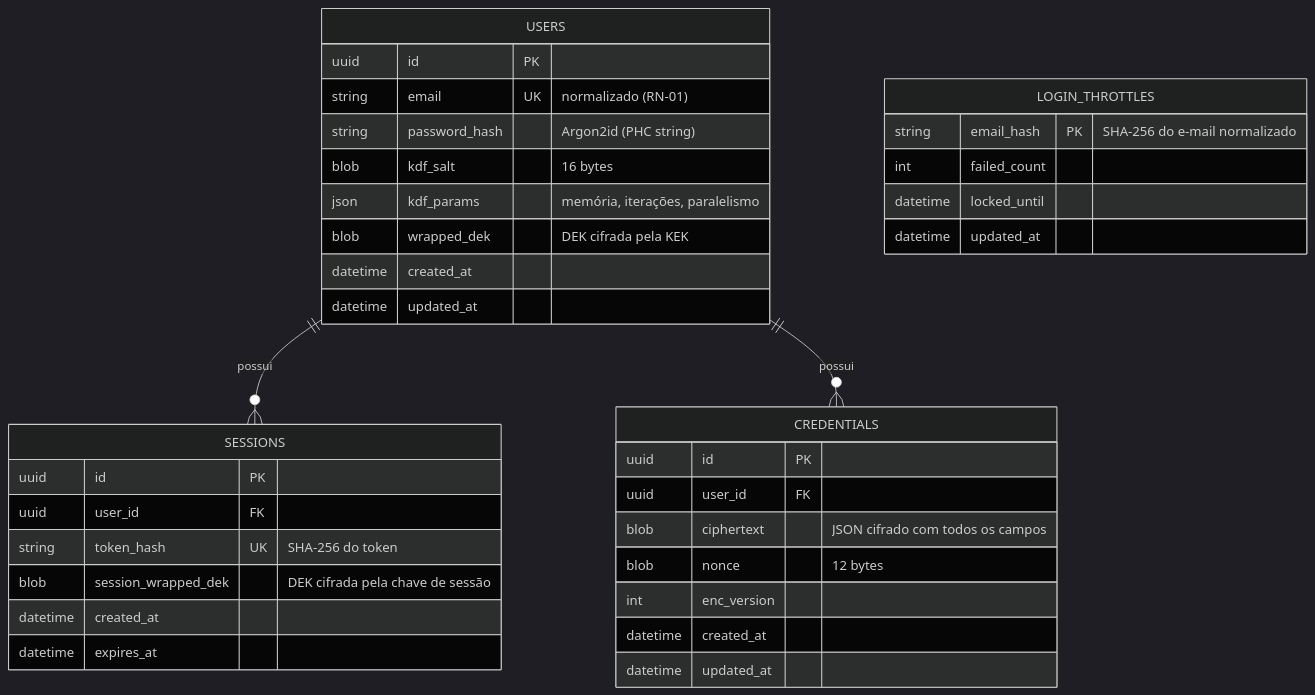
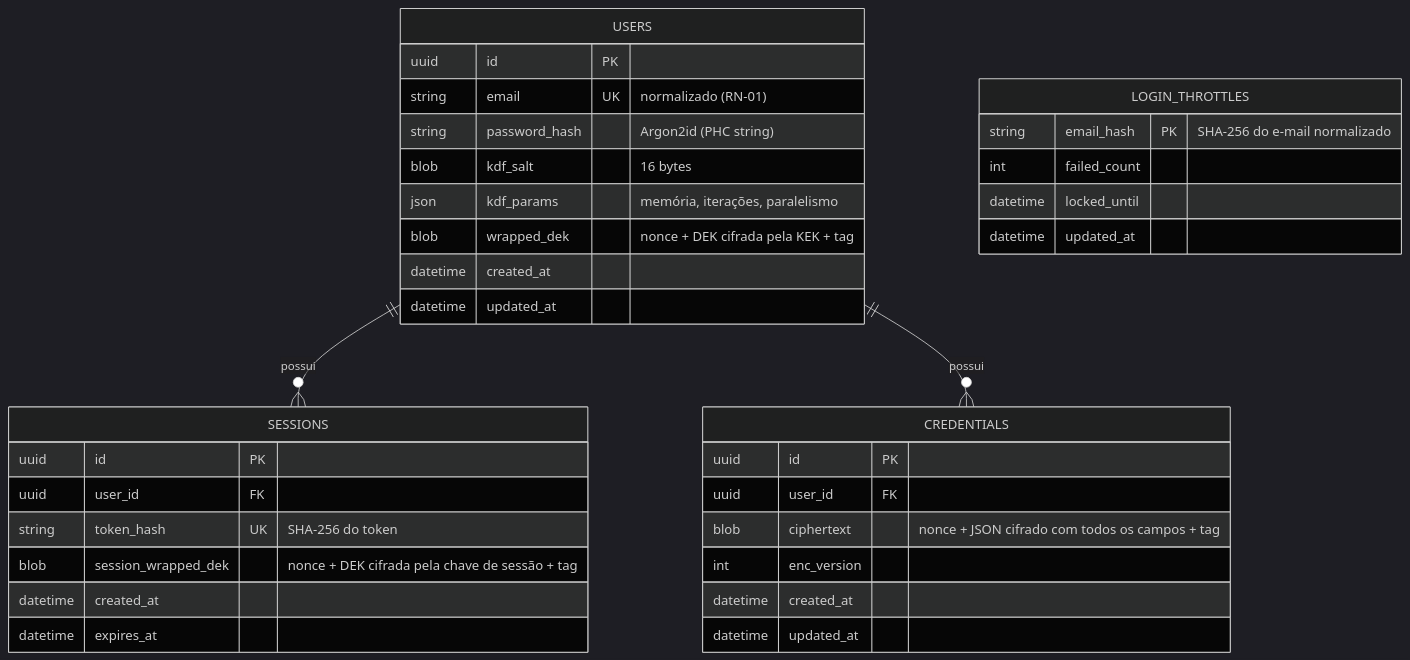
One commit to GuidaGaita/bootcamp changed the third of 5 diagrams in docs/03-arquitetura.md. Above: the diagram before and after it, drawn with Mermaid (dark theme). The commit also changed other lines of this file, not shown here.

````diff
--- a/docs/03-arquitetura.md
+++ b/docs/03-arquitetura.md
@@ -98,38 +100,37 @@
 ```mermaid
 erDiagram
   USERS ||--o{ SESSIONS : "possui"
   USERS ||--o{ CREDENTIALS : "possui"
   USERS {
     uuid id PK
     string email UK "normalizado (RN-01)"
     string password_hash "Argon2id (PHC string)"
     blob kdf_salt "16 bytes"
     json kdf_params "memória, iterações, paralelismo"
-    blob wrapped_dek "DEK cifrada pela KEK"
+    blob wrapped_dek "nonce + DEK cifrada pela KEK + tag"
     datetime created_at
     datetime updated_at
   }
   SESSIONS {
     uuid id PK
     uuid user_id FK
     string token_hash UK "SHA-256 do token"
-    blob session_wrapped_dek "DEK cifrada pela chave de sessão"
+    blob session_wrapped_dek "nonce + DEK cifrada pela chave de sessão + tag"
     datetime created_at
     datetime expires_at
   }
   CREDENTIALS {
     uuid id PK
     uuid user_id FK
-    blob ciphertext "JSON cifrado com todos os campos"
-    blob nonce "12 bytes"
+    blob ciphertext "nonce + JSON cifrado com todos os campos + tag"
     int enc_version
     datetime created_at
     datetime updated_at
   }
   LOGIN_THROTTLES {
     string email_hash PK "SHA-256 do e-mail normalizado"
     int failed_count
     datetime locked_until
     datetime updated_at
   }
 ```
````
